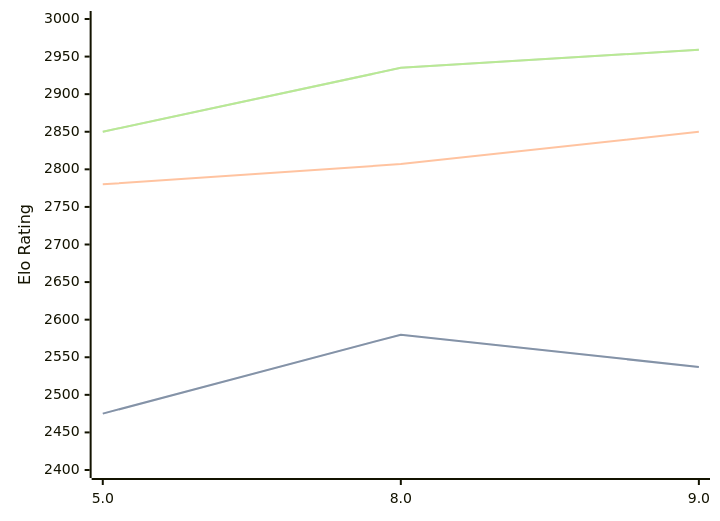
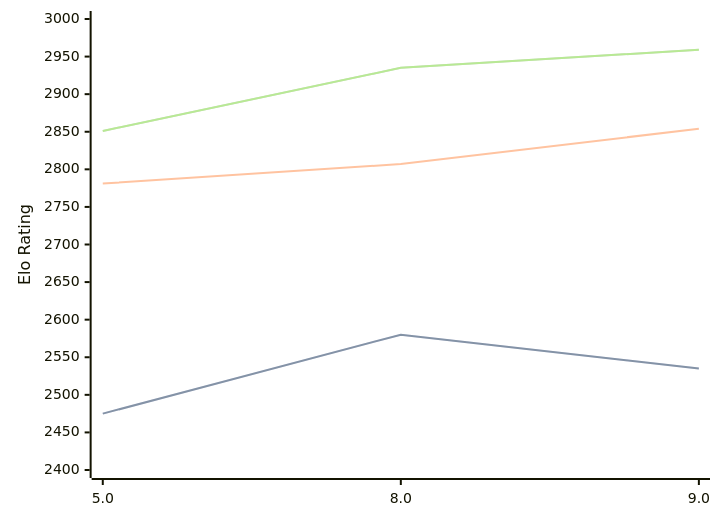
The first of 3 diagrams in engines/4kc.md (computer-chess-index/cci), drawn with Mermaid before and after one commit. The commit also changed other lines of this file, not shown here.

Commit message:
Update CCI Ratings (ELO VLTC) - 2026-07-13

````diff
--- a/engines/4kc.md
+++ b/engines/4kc.md
@@ -42,11 +42,11 @@
 ```mermaid
 %%{init: {"theme":"base","themeVariables":{"seriesColors:['#a3a3a3','#222221','#faa371']}}}%%
 xychart-beta
   x-axis ["5.0", "8.0", "9.0"]
   y-axis "Elo Rating" 2400 --> 3000
-  line "STC (8.0+0.08s)" [2475, 2580, 2537]
-  line "STC (8.0+0.08s)" [2475, 2580, 2537]
-  line "LTC (60.0+0.60s)" [2780, 2807, 2850]
-  line "VLTC (2m24s+1.12s)" [2850, 2935, 2959]
-  line "VLTC (2m24s+1.12s)" [2850, 2935, 2959]
+  line "STC (8.0+0.08s)" [2475, 2580, 2535]
+  line "STC (8.0+0.08s)" [2475, 2580, 2535]
+  line "LTC (60.0+0.60s)" [2781, 2807, 2854]
+  line "VLTC (2m24s+1.12s)" [2851, 2935, 2959]
+  line "VLTC (2m24s+1.12s)" [2851, 2935, 2959]
 ```
````
